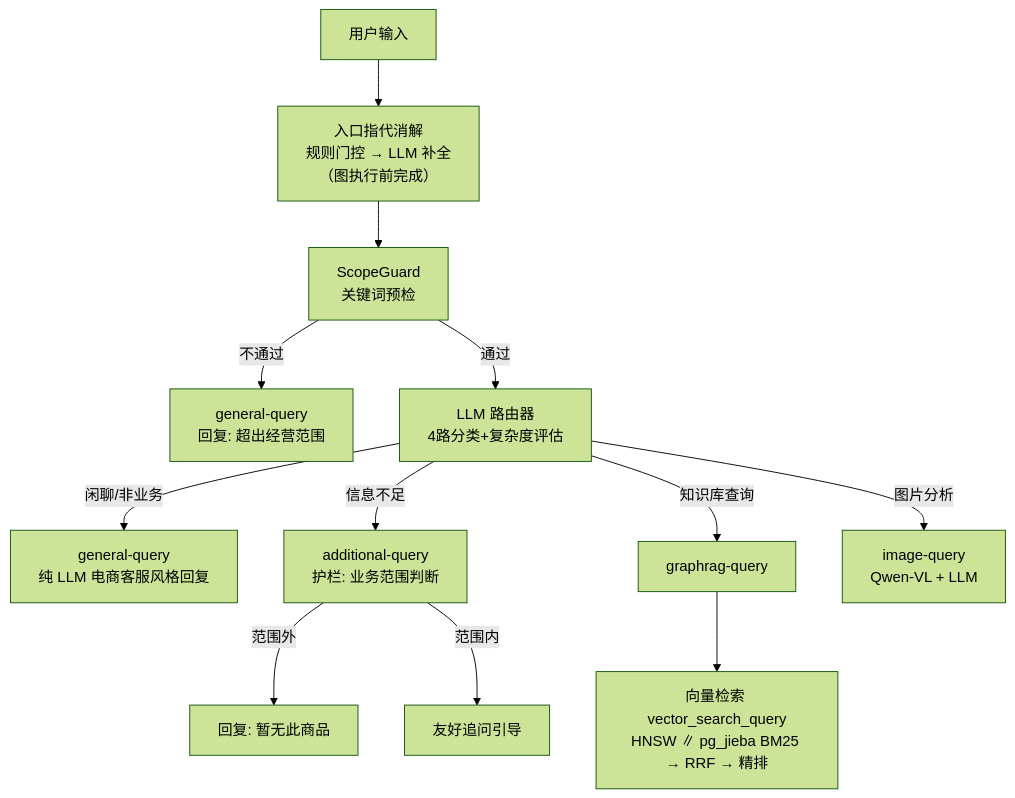
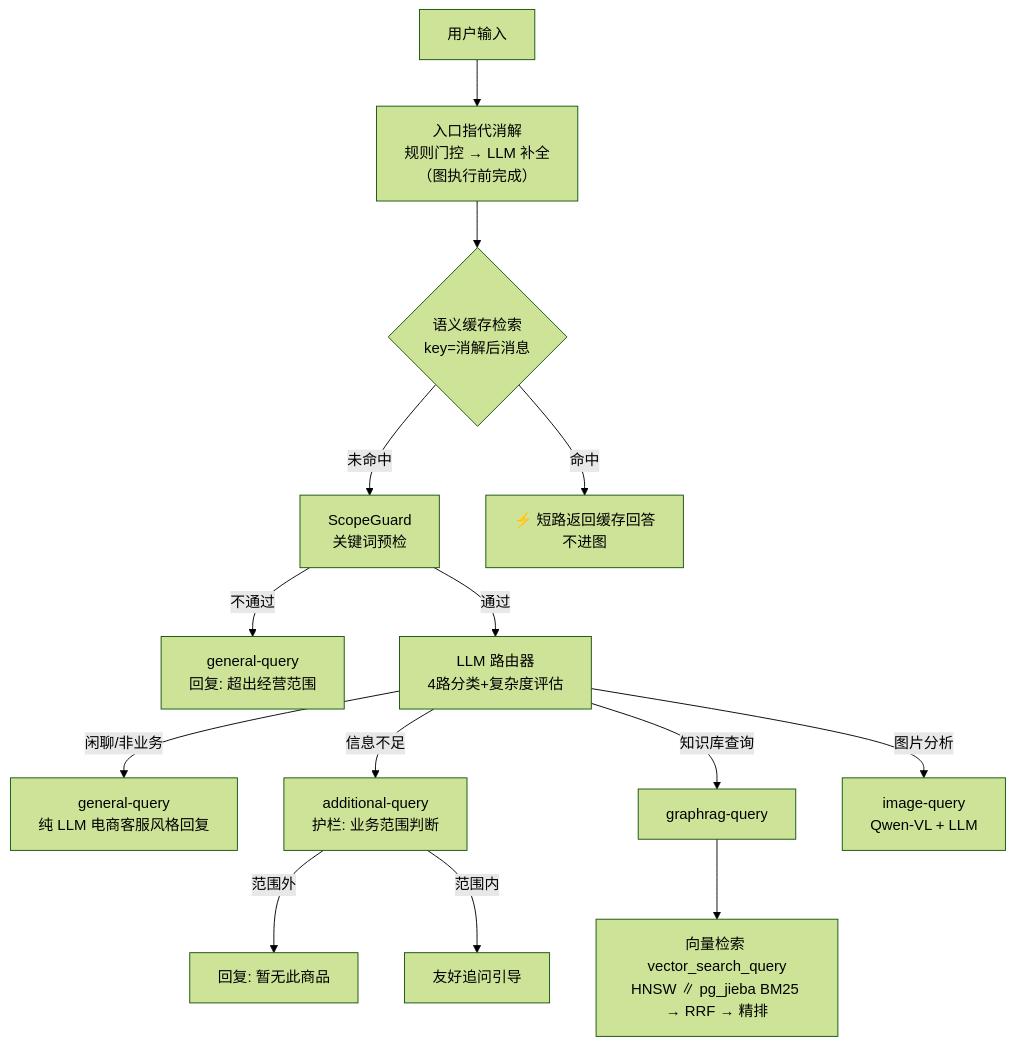
One commit to blowt16/SmartCS-Agent changed the eighth of 14 diagrams in docs/PROJECT_ANALYSIS.md. Above: the diagram before and after it, drawn with Mermaid (forest theme). The commit also changed other lines of this file, not shown here.

First line of the commit message:
[docs] PROJECT_ANALYSIS 流程图同步入口缓存前置：语义缓存改树形决策图

````diff
--- a/docs/PROJECT_ANALYSIS.md
+++ b/docs/PROJECT_ANALYSIS.md
@@ -498,19 +494,22 @@
 ```mermaid
 flowchart TD
     Q["用户输入"]
     RESOLVE["入口指代消解<br/>规则门控 → LLM 补全<br/>（图执行前完成）"]
+    CACHE{"语义缓存检索<br/>key=消解后消息"}
     SG["ScopeGuard<br/>关键词预检"]
     Q --> RESOLVE
-    RESOLVE --> SG
+    RESOLVE --> CACHE
+    CACHE -->|"命中"| SHORT["⚡ 短路返回缓存回答<br/>不进图"]
+    CACHE -->|"未命中"| SG
     SG -->|不通过| GEN["general-query<br/>回复: 超出经营范围"]
     SG -->|通过| ROUTER["LLM 路由器<br/>4路分类+复杂度评估"]
 
     ROUTER -->|"闲聊/非业务"| GEN2["general-query<br/>纯 LLM 电商客服风格回复"]
     ROUTER -->|"信息不足"| ADD["additional-query<br/>护栏: 业务范围判断"]
     ADD -->|"范围外"| REJECT["回复: 暂无此商品"]
     ADD -->|"范围内"| ASK["友好追问引导"]
     ROUTER -->|"知识库查询"| KG["graphrag-query"]
     ROUTER -->|"图片分析"| IMG["image-query<br/>Qwen-VL + LLM"]
 
     KG --> GRAG["向量检索 vector_search_query<br/>HNSW ∥ pg_jieba BM25 → RRF → 精排"]
 ```
````
